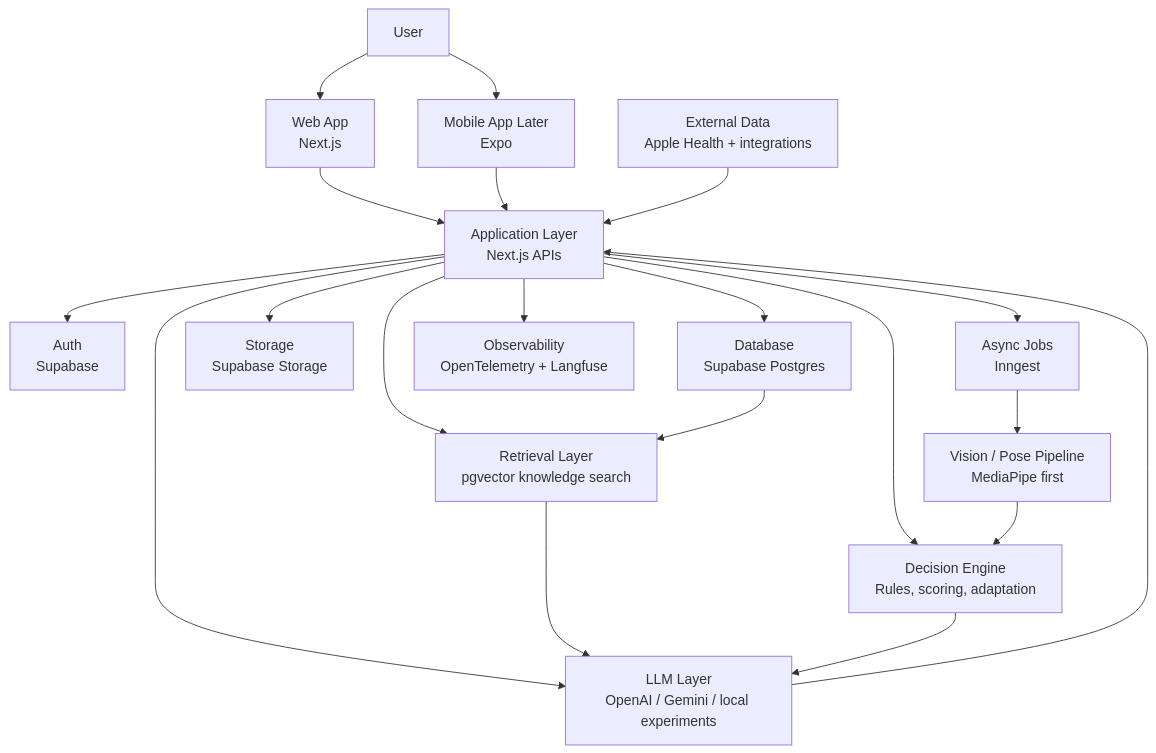
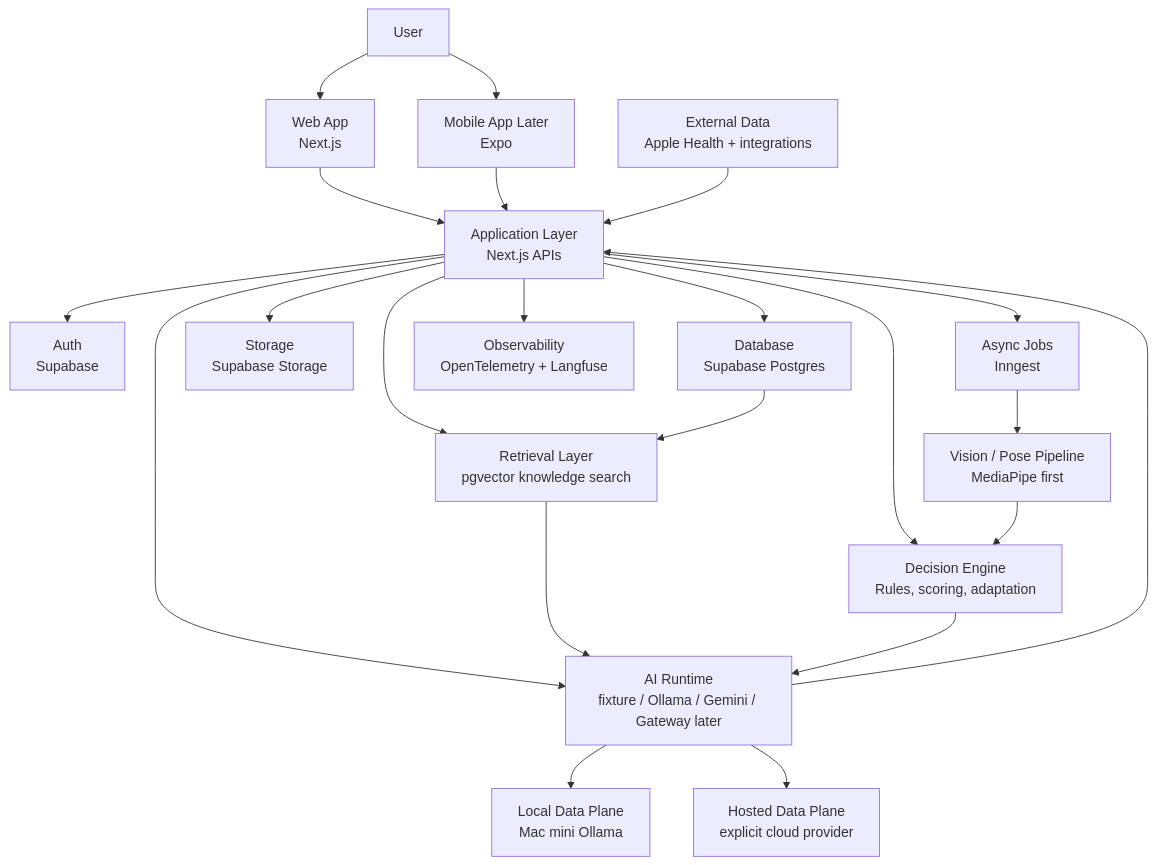
The first of 3 diagrams in docs/design/system-design.md (jefferyycc/t2ai), drawn with Mermaid before and after one commit. The commit also changed other lines of this file and 14 other files, not shown here.

Commit message:
Document local AI runtime architecture

````diff
--- a/docs/design/system-design.md
+++ b/docs/design/system-design.md
@@ -22,27 +22,29 @@
 ```mermaid
 flowchart TD
     U["User"] --> W["Web App<br/>Next.js"]
     U --> M["Mobile App Later<br/>Expo"]
 
     W --> API["Application Layer<br/>Next.js APIs"]
     M --> API
 
     API --> AUTH["Auth<br/>Supabase"]
     API --> DB["Database<br/>Supabase Postgres"]
     API --> STORE["Storage<br/>Supabase Storage"]
     API --> JOBS["Async Jobs<br/>Inngest"]
     API --> OBS["Observability<br/>OpenTelemetry + Langfuse"]
 
     API --> DECISION["Decision Engine<br/>Rules, scoring, adaptation"]
     API --> RETRIEVAL["Retrieval Layer<br/>pgvector knowledge search"]
-    API --> LLM["LLM Layer<br/>OpenAI / Gemini / local experiments"]
+    API --> LLM["AI Runtime<br/>fixture / Ollama / Gemini / Gateway later"]
+    LLM --> MAC["Local Data Plane<br/>Mac mini Ollama"]
+    LLM --> CLOUD["Hosted Data Plane<br/>explicit cloud provider"]
 
     JOBS --> POSE["Vision / Pose Pipeline<br/>MediaPipe first"]
     POSE --> DECISION
     DB --> RETRIEVAL
     RETRIEVAL --> LLM
     DECISION --> LLM
     LLM --> API
 
     EXT["External Data<br/>Apple Health + integrations"] --> API
 ```
````
